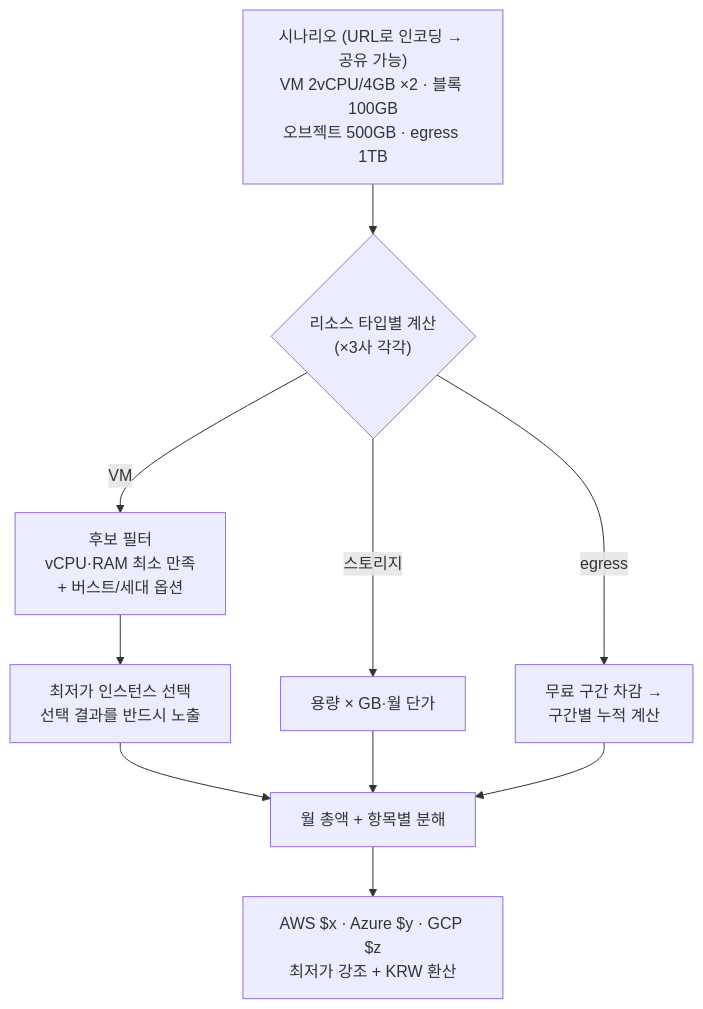
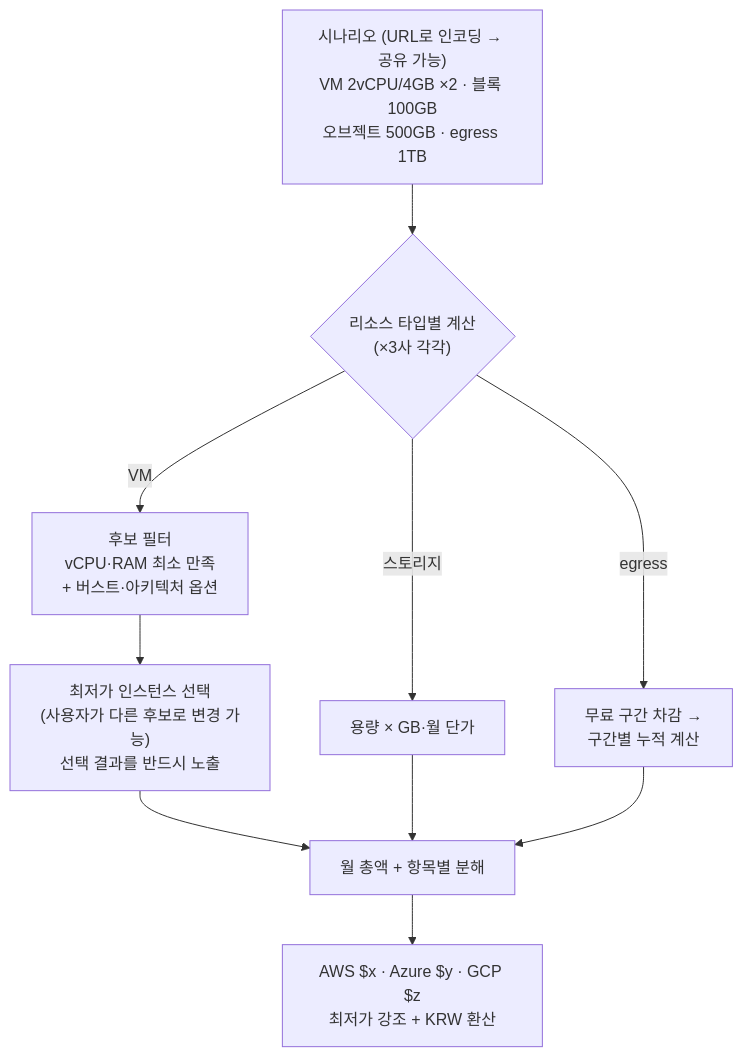
One commit to myc0603/cloud-cost changed the third of 3 diagrams in docs/ARCHITECTURE.md. Above: the diagram before and after it, drawn with Mermaid. The commit also changed other lines of this file and 2 other files, not shown here.

````diff
--- a/docs/ARCHITECTURE.md
+++ b/docs/ARCHITECTURE.md
@@ -179,11 +193,11 @@
 ```mermaid
 flowchart TD
     S["시나리오 (URL로 인코딩 → 공유 가능)<br/>VM 2vCPU/4GB ×2 · 블록 100GB<br/>오브젝트 500GB · egress 1TB"] --> E{"리소스 타입별 계산<br/>(×3사 각각)"}
-    E -->|VM| F["후보 필터<br/>vCPU·RAM 최소 만족<br/>+ 버스트/세대 옵션"] --> M["최저가 인스턴스 선택<br/>선택 결과를 반드시 노출"]
+    E -->|VM| F["후보 필터<br/>vCPU·RAM 최소 만족<br/>+ 버스트·아키텍처 옵션"] --> M["최저가 인스턴스 선택<br/>(사용자가 다른 후보로 변경 가능)<br/>선택 결과를 반드시 노출"]
     E -->|스토리지| G["용량 × GB·월 단가"]
     E -->|egress| T["무료 구간 차감 →<br/>구간별 누적 계산"]
     M --> SUM["월 총액 + 항목별 분해"]
     G --> SUM
     T --> SUM
     SUM --> OUT["AWS $x · Azure $y · GCP $z<br/>최저가 강조 + KRW 환산"]
 ```
````
